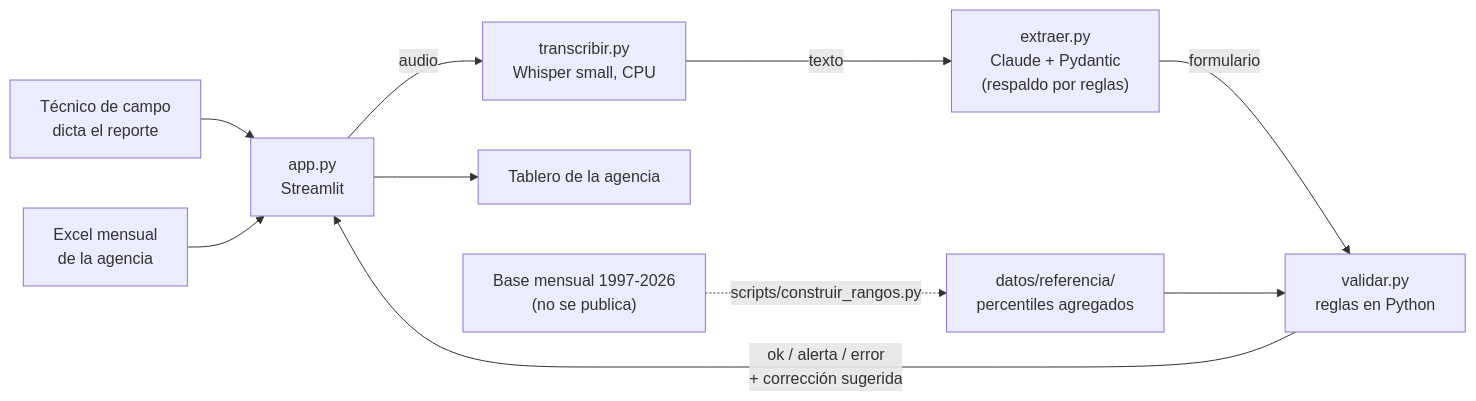
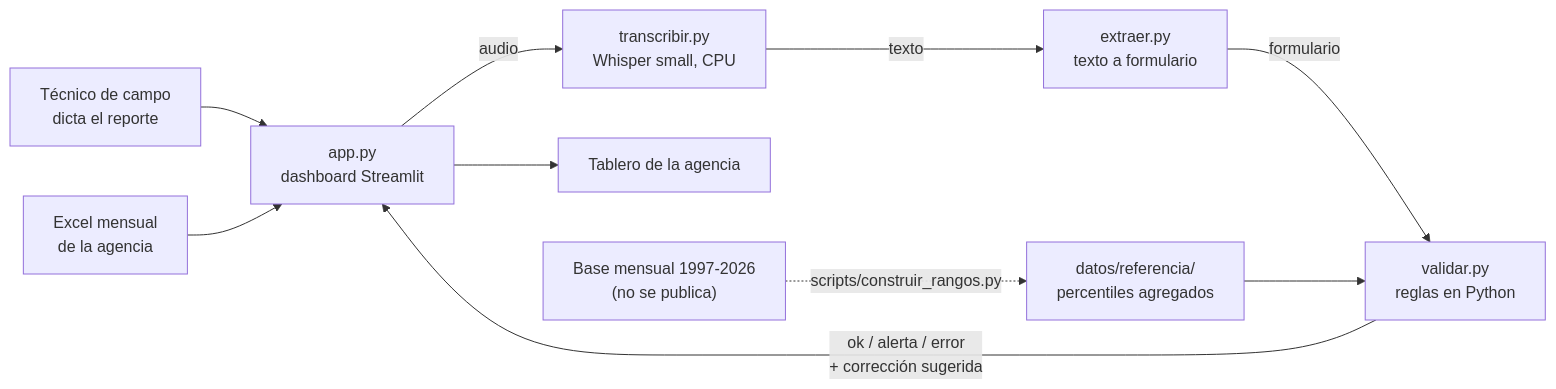
One commit to josuesoriavas/sectorista changed the diagram in README.md. Above: the diagram before and after it, drawn with Mermaid. The commit also changed other lines of this file and 7 other files, not shown here.

````diff
--- a/README.md
+++ b/README.md
@@ -64,12 +64,12 @@
 ```mermaid
 flowchart LR
-    T["Técnico de campo<br/>dicta el reporte"] --> A["app.py<br/>Streamlit"]
+    T["Técnico de campo<br/>dicta el reporte"] --> A["app.py<br/>dashboard Streamlit"]
     X["Excel mensual<br/>de la agencia"] --> A
     A -- "audio" --> W["transcribir.py<br/>Whisper small, CPU"]
-    W -- "texto" --> E["extraer.py<br/>Claude + Pydantic<br/>(respaldo por reglas)"]
+    W -- "texto" --> E["extraer.py<br/>texto a formulario"]
     E -- "formulario" --> V["validar.py<br/>reglas en Python"]
     R["datos/referencia/<br/>percentiles agregados"] --> V
     V -- "ok / alerta / error<br/>+ corrección sugerida" --> A
     A --> D["Tablero de la agencia"]
     B["Base mensual 1997-2026<br/>(no se publica)"] -. "scripts/construir_rangos.py" .-> R
 ```
````
